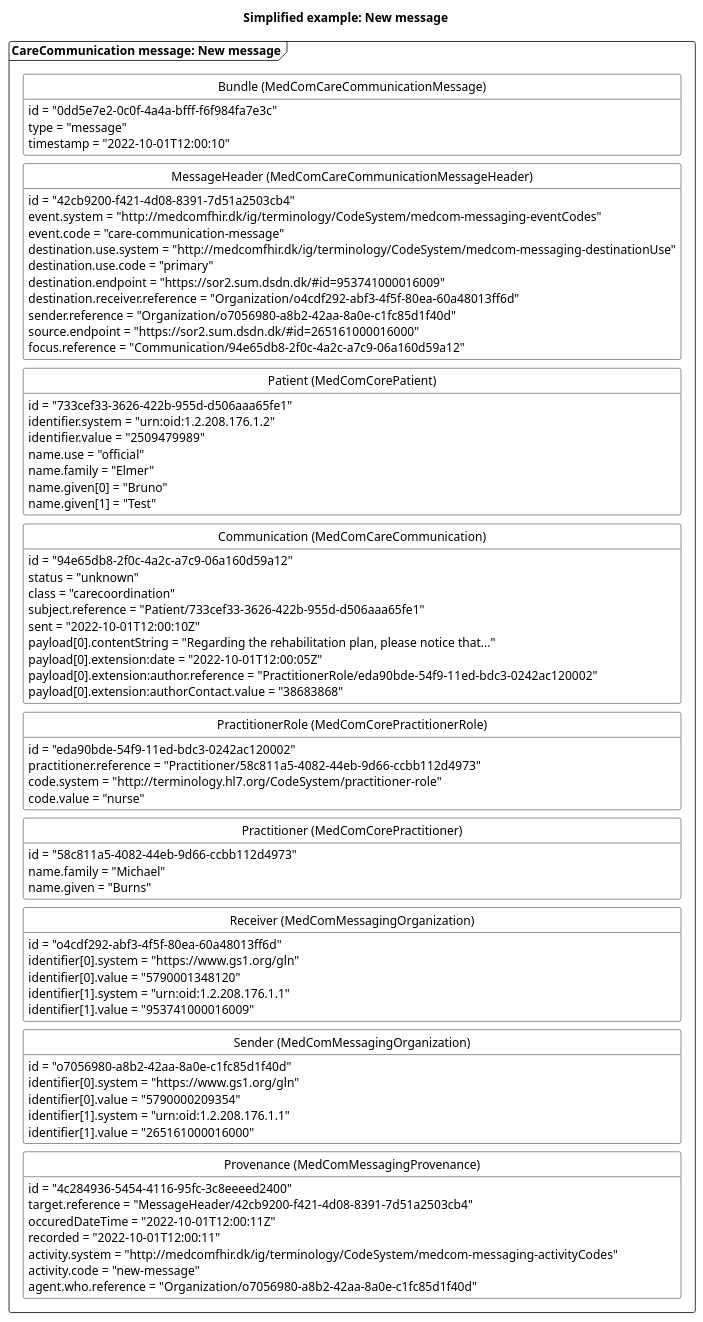
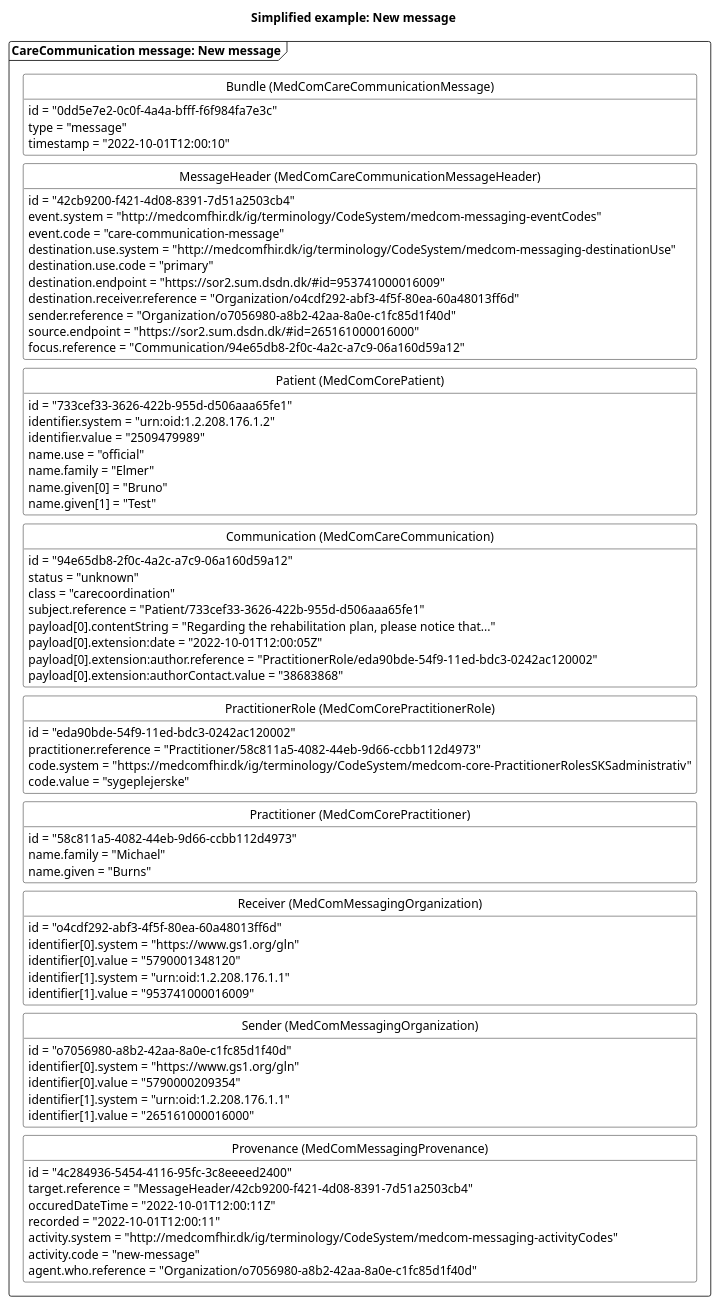
Before and after one commit to medcomdk/dk-medcom-carecommunication: the diagram in puml/CareCommunicationNewMessage.puml, drawn with PlantUML. The commit also changed 22 other files, not shown here.

```diff
--- a/puml/CareCommunicationNewMessage.puml
+++ b/puml/CareCommunicationNewMessage.puml
@@ -1,102 +1,101 @@
 @startuml CCNewMessage
 
 'layout
 skinparam class {
     BackgroundColor White
     BorderColor Black
     ArrowColor Black
   }
 hide circle
 hide empty members
 skinparam SameClassWidth true
 skinparam Ranksep 10
 
 
 'title
 title Simplified example: New message
 
 'Message 1: New message
 package "CareCommunication message: New message" as new <<Frame>>{
     class "Bundle (MedComCareCommunicationMessage)" as newB {
         id = "0dd5e7e2-0c0f-4a4a-bfff-f6f984fa7e3c"
         type = "message"
         timestamp = "2022-10-01T12:00:10"
     }
     class "MessageHeader (MedComCareCommunicationMessageHeader)" as newMH{
         id = "42cb9200-f421-4d08-8391-7d51a2503cb4"
         event.system = "http://medcomfhir.dk/ig/terminology/CodeSystem/medcom-messaging-eventCodes"
         event.code = "care-communication-message"
         destination.use.system = "http://medcomfhir.dk/ig/terminology/CodeSystem/medcom-messaging-destinationUse"
         destination.use.code = "primary"
         destination.endpoint = "https://sor2.sum.dsdn.dk/#id=953741000016009"
         destination.receiver.reference = "Organization/o4cdf292-abf3-4f5f-80ea-60a48013ff6d"
         sender.reference = "Organization/o7056980-a8b2-42aa-8a0e-c1fc85d1f40d"
         source.endpoint = "https://sor2.sum.dsdn.dk/#id=265161000016000"
         focus.reference = "Communication/94e65db8-2f0c-4a2c-a7c9-06a160d59a12"
     }
     class "Patient (MedComCorePatient)" as newPT{
         id = "733cef33-3626-422b-955d-d506aaa65fe1"
         identifier.system = "urn:oid:1.2.208.176.1.2"
         identifier.value = "2509479989"
         name.use = "official"
         name.family = "Elmer"
         name.given[0] = "Bruno"
         name.given[1] = "Test"
     }
     class "Communication (MedComCareCommunication)" as newCom{
         id = "94e65db8-2f0c-4a2c-a7c9-06a160d59a12"
         status = "unknown"
         class = "carecoordination"
         subject.reference = "Patient/733cef33-3626-422b-955d-d506aaa65fe1"
-        sent = "2022-10-01T12:00:10Z"
         payload[0].contentString = "Regarding the rehabilitation plan, please notice that..."
         payload[0].extension:date = "2022-10-01T12:00:05Z"
         payload[0].extension:author.reference = "PractitionerRole/eda90bde-54f9-11ed-bdc3-0242ac120002"
         payload[0].extension:authorContact.value = "38683868"
     }
     class "PractitionerRole (MedComCorePractitionerRole)" as newPracR{
         id = "eda90bde-54f9-11ed-bdc3-0242ac120002"
         practitioner.reference = "Practitioner/58c811a5-4082-44eb-9d66-ccbb112d4973"
-        code.system = "http://terminology.hl7.org/CodeSystem/practitioner-role"
-        code.value = "nurse"
+        code.system = "https://medcomfhir.dk/ig/terminology/CodeSystem/medcom-core-PractitionerRolesSKSadministrativ"
+        code.value = "sygeplejerske"
     }
     class "Practitioner (MedComCorePractitioner)" as newPrac{
         id = "58c811a5-4082-44eb-9d66-ccbb112d4973"
         name.family = "Michael"
         name.given = "Burns"
     }
     class "Receiver (MedComMessagingOrganization)" as newROrg{
         id = "o4cdf292-abf3-4f5f-80ea-60a48013ff6d"
         identifier[0].system = "https://www.gs1.org/gln"
         identifier[0].value = "5790001348120"
         identifier[1].system = "urn:oid:1.2.208.176.1.1"
         identifier[1].value = "953741000016009"
     }
     class "Sender (MedComMessagingOrganization)" as newSOrg{
         id = "o7056980-a8b2-42aa-8a0e-c1fc85d1f40d"
         identifier[0].system = "https://www.gs1.org/gln"
         identifier[0].value = "5790000209354"
         identifier[1].system = "urn:oid:1.2.208.176.1.1"
         identifier[1].value = "265161000016000"
     }
     class "Provenance (MedComMessagingProvenance)" as newPRO{
         id = "4c284936-5454-4116-95fc-3c8eeeed2400"
         target.reference = "MessageHeader/42cb9200-f421-4d08-8391-7d51a2503cb4"
         occuredDateTime = "2022-10-01T12:00:11Z"
         recorded = "2022-10-01T12:00:11"
         activity.system = "http://medcomfhir.dk/ig/terminology/CodeSystem/medcom-messaging-activityCodes"
         activity.code = "new-message"
         agent.who.reference = "Organization/o7056980-a8b2-42aa-8a0e-c1fc85d1f40d"
     }
 
 newB -[hidden]- newMH
 newMH -[hidden]-newPT
 newPT-[hidden]-newCom
 newCom -[hidden]-newPracR
 newPracR-[hidden]-newPrac
 newPrac-[hidden]-newROrg
 newROrg-[hidden]- newSOrg
 newSOrg-[hidden]-newPRO
 
 
 @enduml
```
